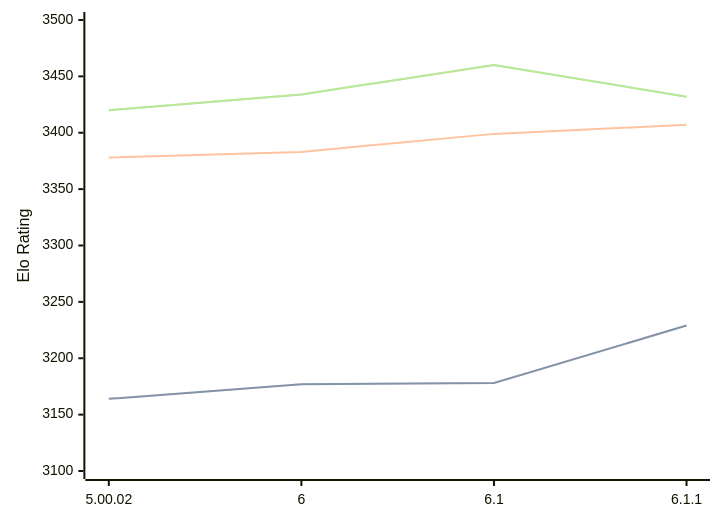
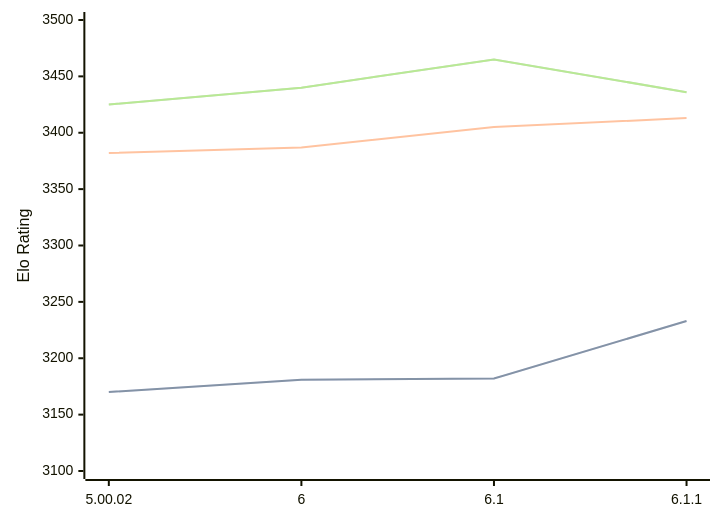
One commit to computer-chess-index/cci changed the diagram in engines/Zangdar.md. Above: the diagram before and after it, drawn with Mermaid. The commit also changed other lines of this file, not shown here.

Commit message:
Update CCI Ratings (ELO VLTC) - 2026-04-14

````diff
--- a/engines/Zangdar.md
+++ b/engines/Zangdar.md
@@ -46,11 +46,11 @@
 ```mermaid
 %%{init: {"theme":"base","themeVariables":{"seriesColors:['#a3a3a3','#222221','#faa371']}}}%%
 xychart-beta
   x-axis ["5.00.02", "6", "6.1", "6.1.1"]
   y-axis "Elo Rating" 3100 --> 3500
-  line "STC (8.0+0.08s)" [3164, 3177, 3178, 3229]
-  line "STC (8.0+0.08s)" [3164, 3177, 3178, 3229]
-  line "LTC (60.0+0.60s)" [3378, 3383, 3399, 3407]
-  line "VLTC (2m24s+1.12s)" [3420, 3434, 3460, 3432]
-  line "VLTC (2m24s+1.12s)" [3420, 3434, 3460, 3432]
+  line "STC (8.0+0.08s)" [3170, 3181, 3182, 3233]
+  line "STC (8.0+0.08s)" [3170, 3181, 3182, 3233]
+  line "LTC (60.0+0.60s)" [3382, 3387, 3405, 3413]
+  line "VLTC (2m24s+1.12s)" [3425, 3440, 3465, 3436]
+  line "VLTC (2m24s+1.12s)" [3425, 3440, 3465, 3436]
 ```
````
